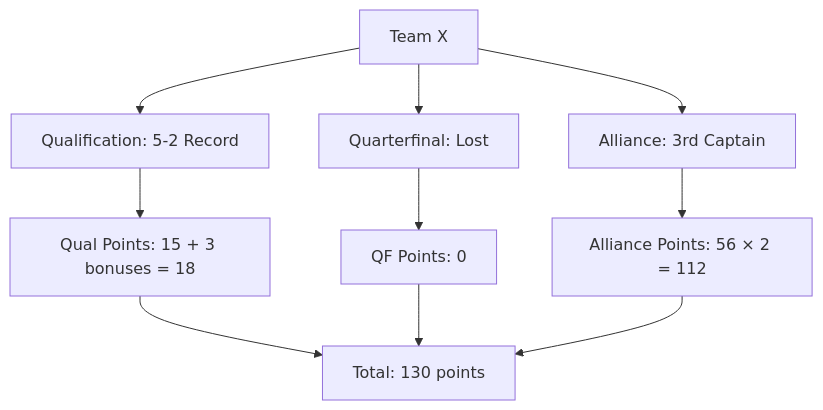
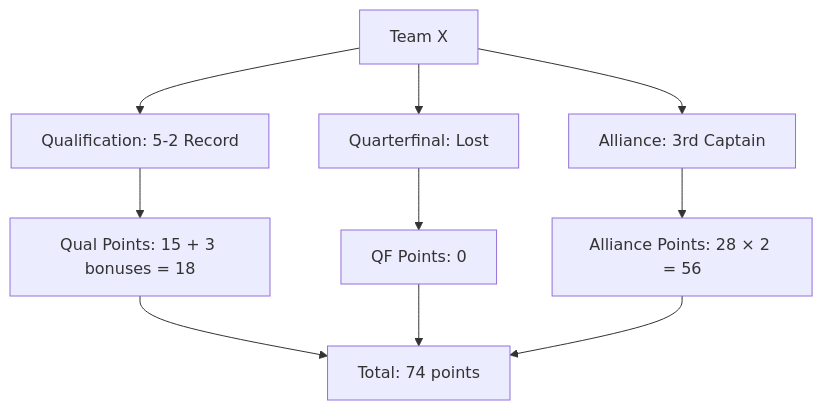
One commit to squirlemaster42/fantasy-frc-web changed the sixth of 9 diagrams in docs/business-logic/scoring-visual.md. Above: the diagram before and after it, drawn with Mermaid. The commit also changed other lines of this file and 28 other files, not shown here.

````diff
--- a/docs/business-logic/scoring-visual.md
+++ b/docs/business-logic/scoring-visual.md
@@ -133,15 +135,15 @@
 ```mermaid
 graph TD
     A[Team X] --> B[Qualification: 5-2 Record]
     B --> C[Qual Points: 15 + 3 bonuses = 18]
     
     A --> D[Quarterfinal: Lost]
     D --> E[QF Points: 0]
     
     A --> F[Alliance: 3rd Captain]
-    F --> G[Alliance Points: 56 × 2 = 112]
-    
-    C --> H[Total: 130 points]
+    F --> G[Alliance Points: 28 × 2 = 56]
+
+    C --> H[Total: 74 points]
     E --> H
     G --> H
 ```
````
